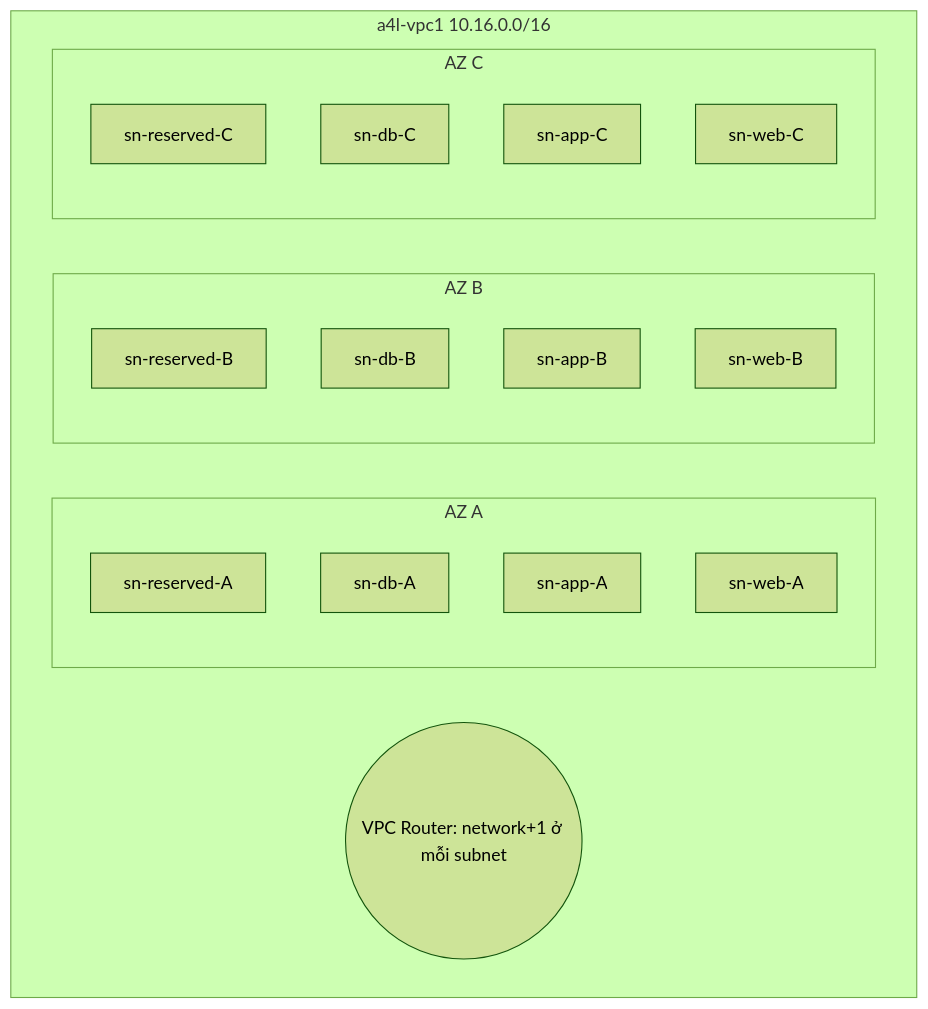
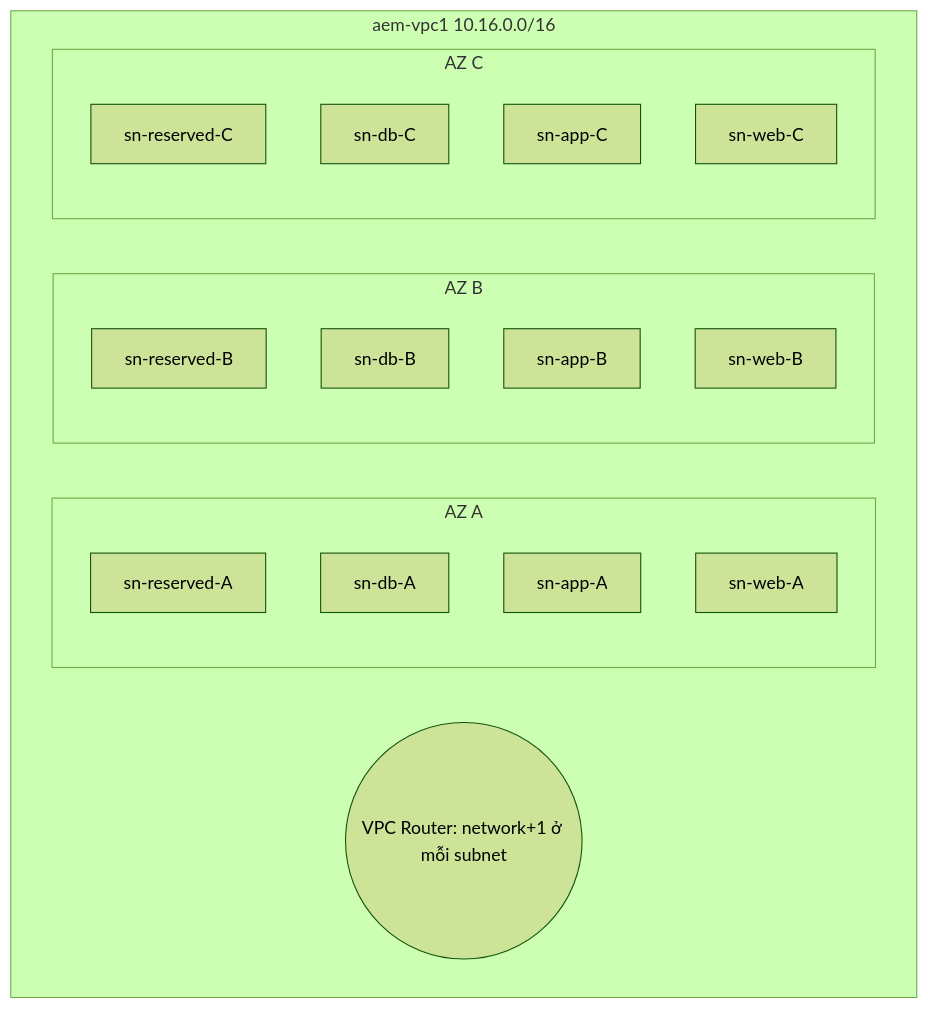
The diagram in data/06 VPC Basics/VPC Subnets.md (hairbui76/aws-saa-c03), drawn with Mermaid (forest theme) before and after one commit. The commit also changed other lines of this file and 30 other files, not shown here.

````diff
--- a/data/06 VPC Basics/VPC Subnets.md
+++ b/data/06 VPC Basics/VPC Subnets.md
@@ -61,24 +64,24 @@
 ```mermaid
 flowchart TB
-  subgraph VPC["a4l-vpc1 10.16.0.0/16"]
+  subgraph VPC["aem-vpc1 10.16.0.0/16"]
     subgraph A["AZ A"]
       a1["sn-reserved-A"]
       a2["sn-db-A"]
       a3["sn-app-A"]
       a4["sn-web-A"]
     end
     subgraph B["AZ B"]
       b1["sn-reserved-B"]
       b2["sn-db-B"]
       b3["sn-app-B"]
       b4["sn-web-B"]
     end
     subgraph C["AZ C"]
       c1["sn-reserved-C"]
       c2["sn-db-C"]
       c3["sn-app-C"]
       c4["sn-web-C"]
     end
     R(("VPC Router: network+1 ở mỗi subnet"))
   end
 ```
````
